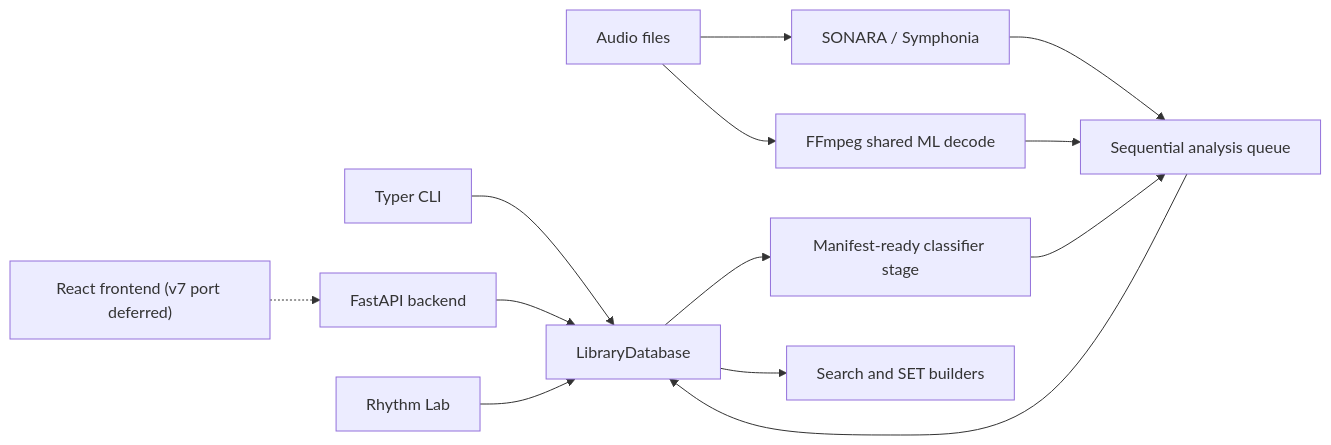
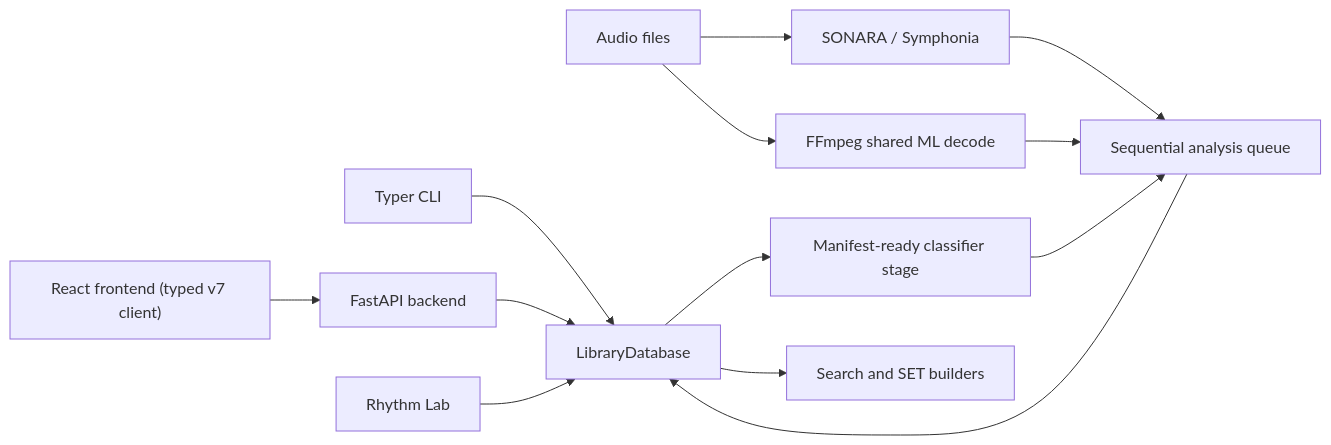
The diagram in docs/dj-track-similarity/developer/architecture.md (MeteorBurn/dj-track-similarity), drawn with Mermaid before and after one commit. The commit also changed other lines of this file and 132 other files, not shown here.

Commit message:
Complete frontend v7 port

````diff
--- a/docs/dj-track-similarity/developer/architecture.md
+++ b/docs/dj-track-similarity/developer/architecture.md
@@ -9,15 +9,15 @@
 ```mermaid
 flowchart LR
     CLI[Typer CLI] --> DB[LibraryDatabase]
     API[FastAPI backend] --> DB
-    UI["React frontend (v7 port deferred)"] -.-> API
+    UI["React frontend (typed v7 client)"] --> API
     Audio[Audio files] --> Sonara[SONARA / Symphonia]
     Audio --> FFmpeg[FFmpeg shared ML decode]
     Sonara --> Queue[Sequential analysis queue]
     FFmpeg --> Queue
     Queue --> DB
     DB --> Classifiers[Manifest-ready classifier stage]
     Classifiers --> Queue
     DB --> Search[Search and SET builders]
     Lab[Rhythm Lab] --> DB
 ```
````
